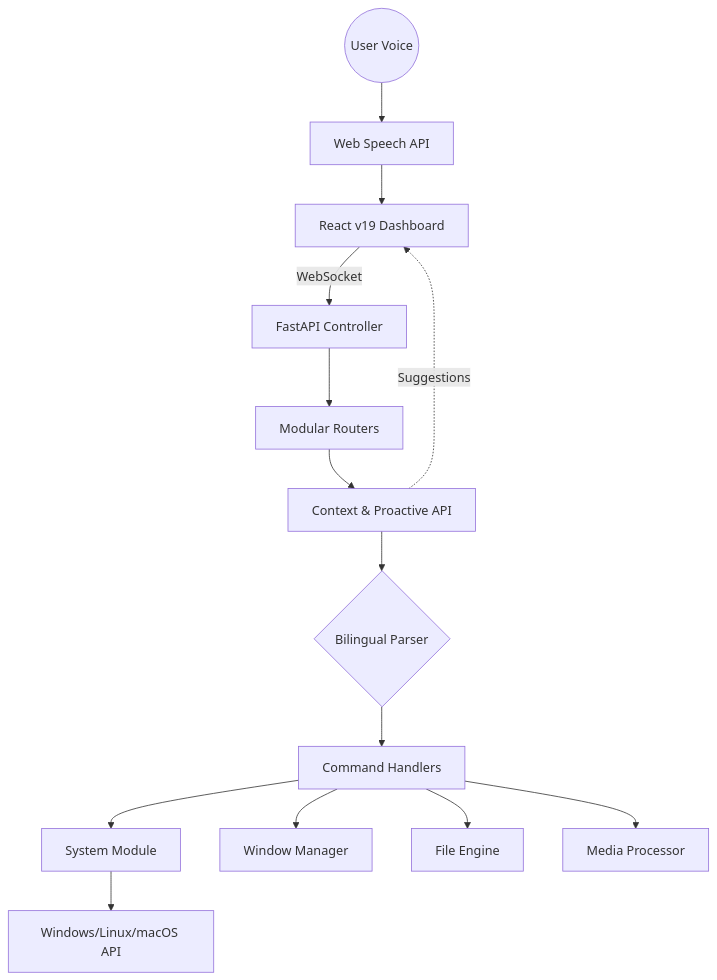
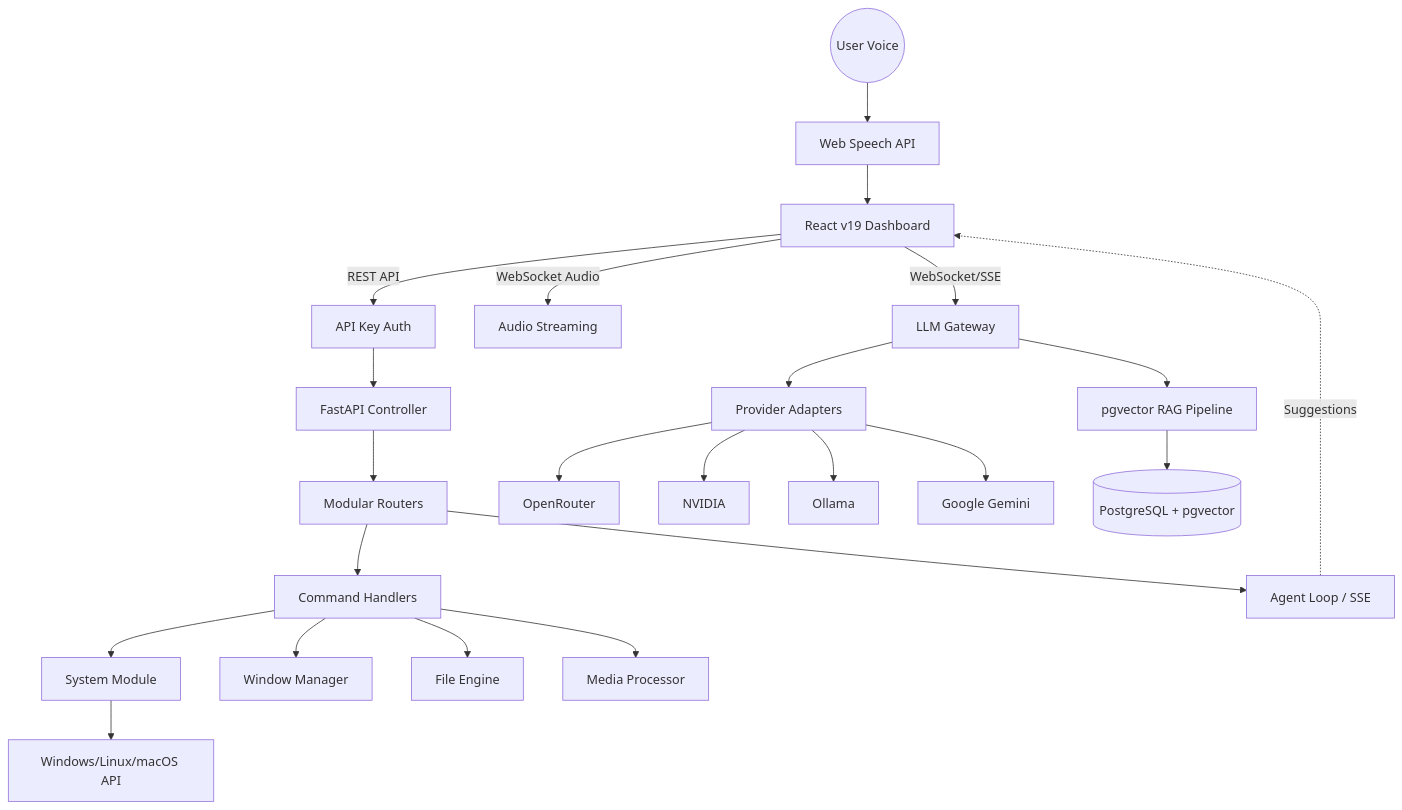
The diagram in README.md (VIPHACKER100/jarvis-bilingual-adv-ai-assistant), drawn with Mermaid before and after one commit. The commit also changed other lines of this file and 12 other files, not shown here.

````diff
--- a/README.md
+++ b/README.md
@@ -284,16 +284,30 @@
 ```mermaid
 graph TD
     User((User Voice)) --> Voice[Web Speech API]
     Voice --> Frontend[React v19 Dashboard]
-    Frontend -- WebSocket --> Backend[FastAPI Controller]
+    Frontend -- WebSocket/SSE --> Gateway[LLM Gateway]
+    Frontend -- WebSocket Audio --> AudioStream[Audio Streaming]
+    Frontend -- REST API --> Auth[API Key Auth]
+    Auth --> Backend[FastAPI Controller]
+
     Backend --> Routers[Modular Routers]
-    Routers --> Context[Context & Proactive API]
-    Context --> LogicCore{Bilingual Parser}
-    LogicCore --> Handlers[Command Handlers]
+    Routers --> Handlers[Command Handlers]
+    Routers --> Agent[Agent Loop / SSE]
+
+    Gateway --> Adapters[Provider Adapters]
+    Adapters --> OpenRouter[OpenRouter]
+    Adapters --> Nvidia[NVIDIA]
+    Adapters --> Ollama[Ollama]
+    Adapters --> Google[Google Gemini]
+
+    Gateway --> RAG[pgvector RAG Pipeline]
+    RAG --> PostgreSQL[(PostgreSQL + pgvector)]
+
     Handlers --> System[System Module]
     Handlers --> Window[Window Manager]
     Handlers --> File[File Engine]
     Handlers --> Media[Media Processor]
     System --> OS[Windows/Linux/macOS API]
-    Context -. Suggestions .-> Frontend
+
+    Agent -. Suggestions .-> Frontend
 ```
````
